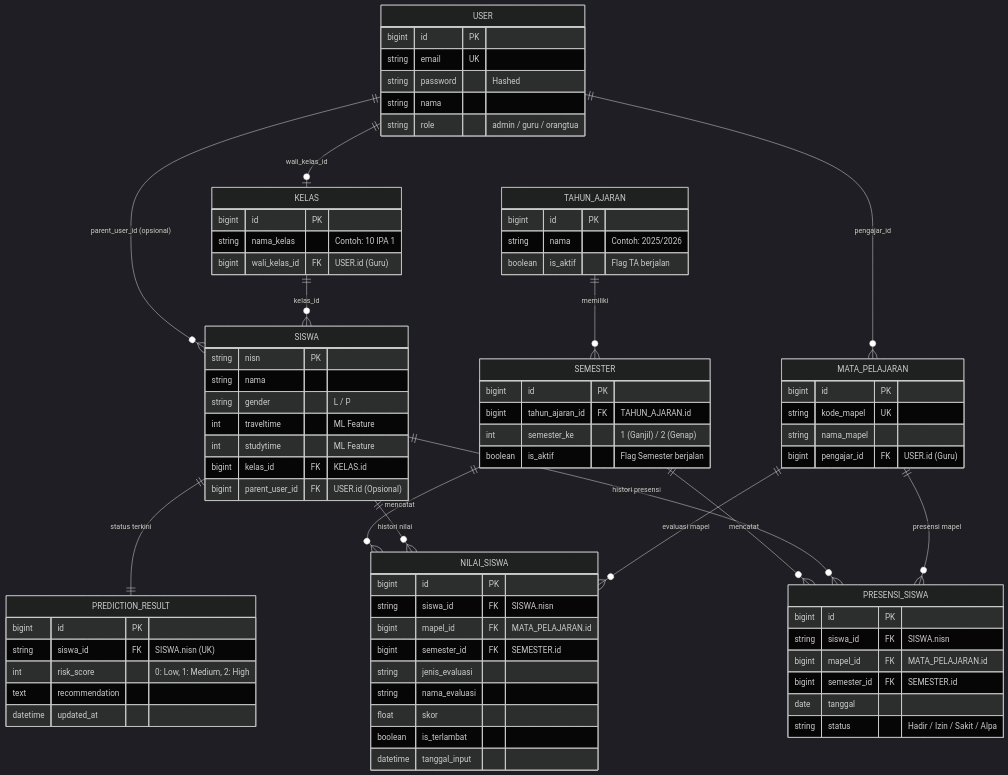
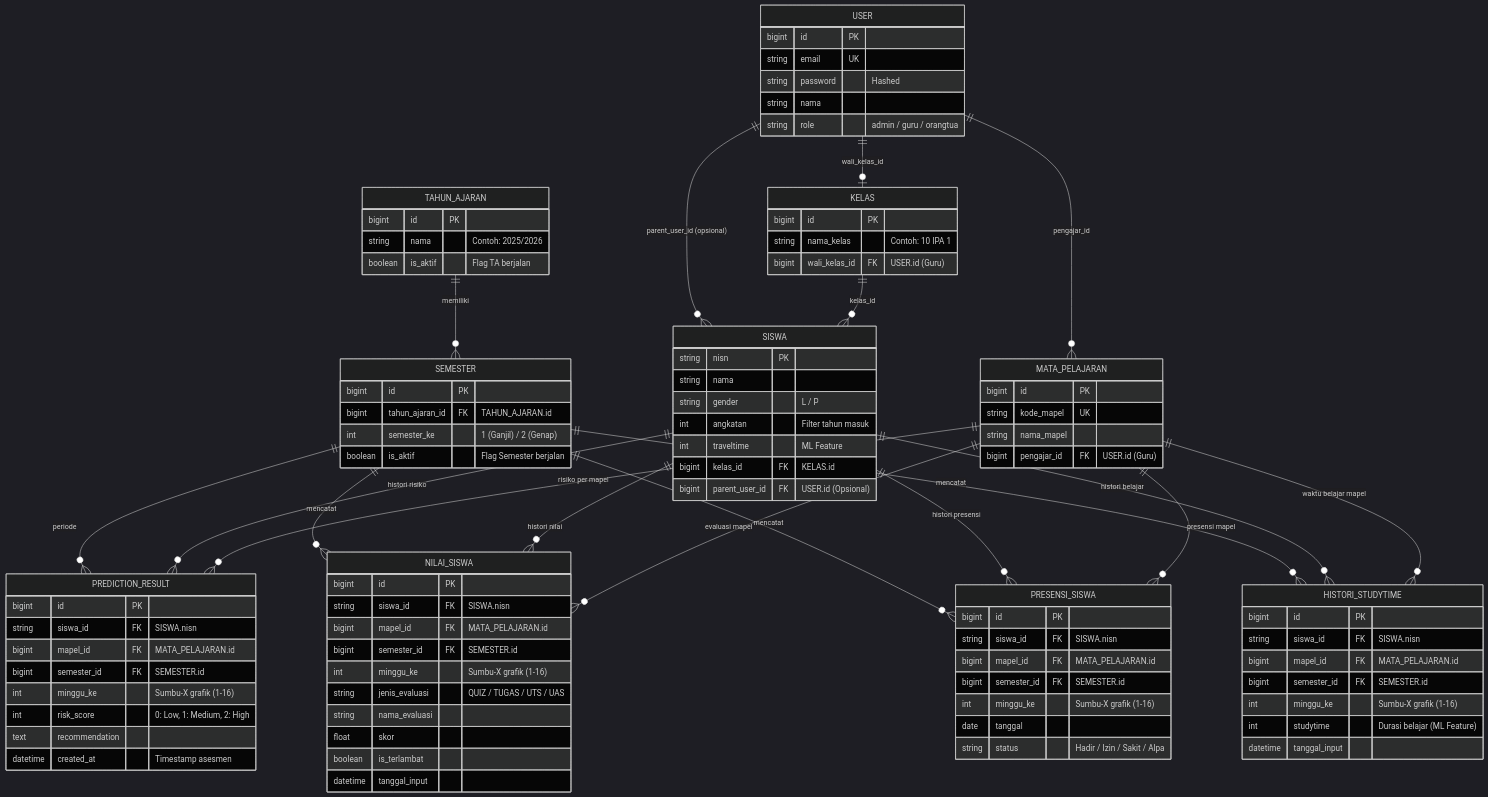
Before and after one commit to Ali-321/student-ews-backend: the diagram in README.md, drawn with Mermaid (dark theme).

Commit message:
docs: updates ERD

````diff
--- a/README.md
+++ b/README.md
@@ -11,16 +11,25 @@
     TAHUN_AJARAN ||--o{ SEMESTER : "memiliki"
     SEMESTER ||--o{ NILAI_SISWA : "mencatat"
     SEMESTER ||--o{ PRESENSI_SISWA : "mencatat"
+    SEMESTER ||--o{ HISTORI_STUDYTIME : "mencatat"
+    SEMESTER ||--o{ PREDICTION_RESULT : "periode"
 
     USER ||--o| KELAS : "wali_kelas_id"
     USER ||--o{ MATA_PELAJARAN : "pengajar_id"
     USER ||--o{ SISWA : "parent_user_id (opsional)"
     KELAS ||--o{ SISWA : "kelas_id"
-    SISWA ||--|| PREDICTION_RESULT : "status terkini"
+    
+    SISWA ||--o{ PREDICTION_RESULT : "histori risiko"
+    MATA_PELAJARAN ||--o{ PREDICTION_RESULT : "risiko per mapel"
+    
     SISWA ||--o{ NILAI_SISWA : "histori nilai"
     MATA_PELAJARAN ||--o{ NILAI_SISWA : "evaluasi mapel"
+    
     SISWA ||--o{ PRESENSI_SISWA : "histori presensi"
     MATA_PELAJARAN ||--o{ PRESENSI_SISWA : "presensi mapel"
+
+    SISWA ||--o{ HISTORI_STUDYTIME : "histori belajar"
+    MATA_PELAJARAN ||--o{ HISTORI_STUDYTIME : "waktu belajar mapel"
 
     TAHUN_AJARAN {
         bigint id PK
@@ -53,8 +62,8 @@
         string nisn PK
         string nama
         string gender "L / P"
+        int angkatan "Filter tahun masuk"
         int traveltime "ML Feature"
-        int studytime "ML Feature"
         bigint kelas_id FK "KELAS.id"
         bigint parent_user_id FK "USER.id (Opsional)"
     }
@@ -66,12 +75,23 @@
         bigint pengajar_id FK "USER.id (Guru)"
     }
 
+    HISTORI_STUDYTIME {
+        bigint id PK
+        string siswa_id FK "SISWA.nisn"
+        bigint mapel_id FK "MATA_PELAJARAN.id"
+        bigint semester_id FK "SEMESTER.id"
+        int minggu_ke "Sumbu-X grafik (1-16)"
+        int studytime "Durasi belajar (ML Feature)"
+        datetime tanggal_input
+    }
+
     NILAI_SISWA {
         bigint id PK
         string siswa_id FK "SISWA.nisn"
         bigint mapel_id FK "MATA_PELAJARAN.id"
         bigint semester_id FK "SEMESTER.id"
-        string jenis_evaluasi
+        int minggu_ke "Sumbu-X grafik (1-16)"
+        string jenis_evaluasi "QUIZ / TUGAS / UTS / UAS"
         string nama_evaluasi
         float skor
         boolean is_terlambat
@@ -83,15 +103,19 @@
         string siswa_id FK "SISWA.nisn"
         bigint mapel_id FK "MATA_PELAJARAN.id"
         bigint semester_id FK "SEMESTER.id"
+        int minggu_ke "Sumbu-X grafik (1-16)"
         date tanggal
         string status "Hadir / Izin / Sakit / Alpa"
     }
 
     PREDICTION_RESULT {
         bigint id PK
-        string siswa_id FK "SISWA.nisn (UK)"
+        string siswa_id FK "SISWA.nisn"
+        bigint mapel_id FK "MATA_PELAJARAN.id"
+        bigint semester_id FK "SEMESTER.id"
+        int minggu_ke "Sumbu-X grafik (1-16)"
         int risk_score "0: Low, 1: Medium, 2: High"
         text recommendation
-        datetime updated_at
+        datetime created_at "Timestamp asesmen"
     }
 ```
````
